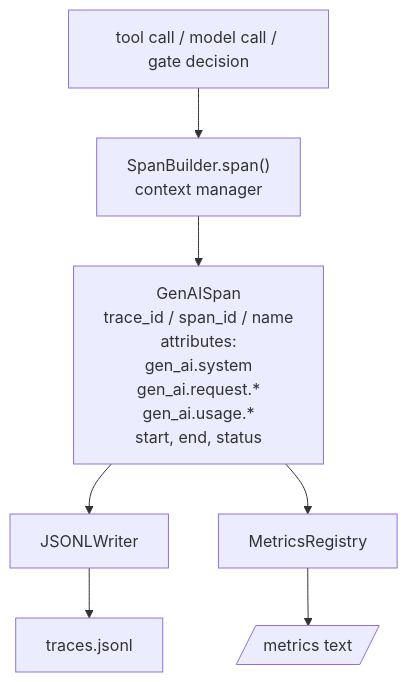
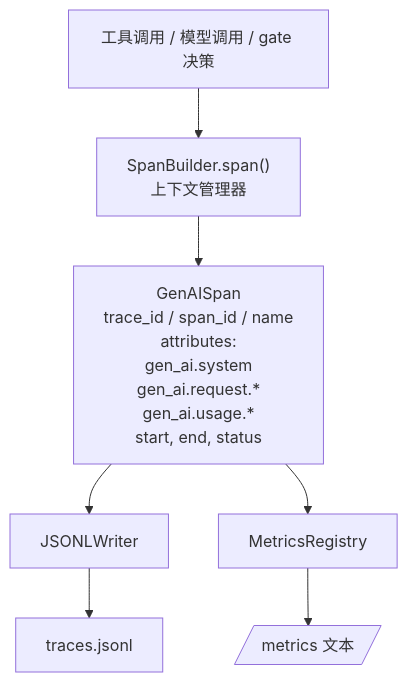
Before and after one commit to cq0206/ai-engineering-from-scratch: the first of 2 diagrams in phases/19-capstone-projects/28-observability-otel-traces.md, drawn with Mermaid. The commit also changed other lines of this file and 150 other files, not shown here.

````diff
--- a/phases/19-capstone-projects/28-observability-otel-traces.md
+++ b/phases/19-capstone-projects/28-observability-otel-traces.md
@@ -32,9 +32,9 @@
 ```mermaid
 flowchart TD
-  Call[tool call / model call / gate decision] --> Span["SpanBuilder.span()<br/>context manager"]
+  Call[工具调用 / 模型调用 / gate 决策] --> Span["SpanBuilder.span()"<br/>上下文管理器]
   Span --> GenAI[GenAISpan<br/>trace_id / span_id / name<br/>attributes:<br/>gen_ai.system<br/>gen_ai.request.*<br/>gen_ai.usage.*<br/>start, end, status]
   GenAI --> Writer[JSONLWriter]
   GenAI --> Metrics[MetricsRegistry]
   Writer --> Traces[traces.jsonl]
-  Metrics --> Prom[/metrics text/]
+  Metrics --> Prom[/metrics 文本/]
 ```
````
